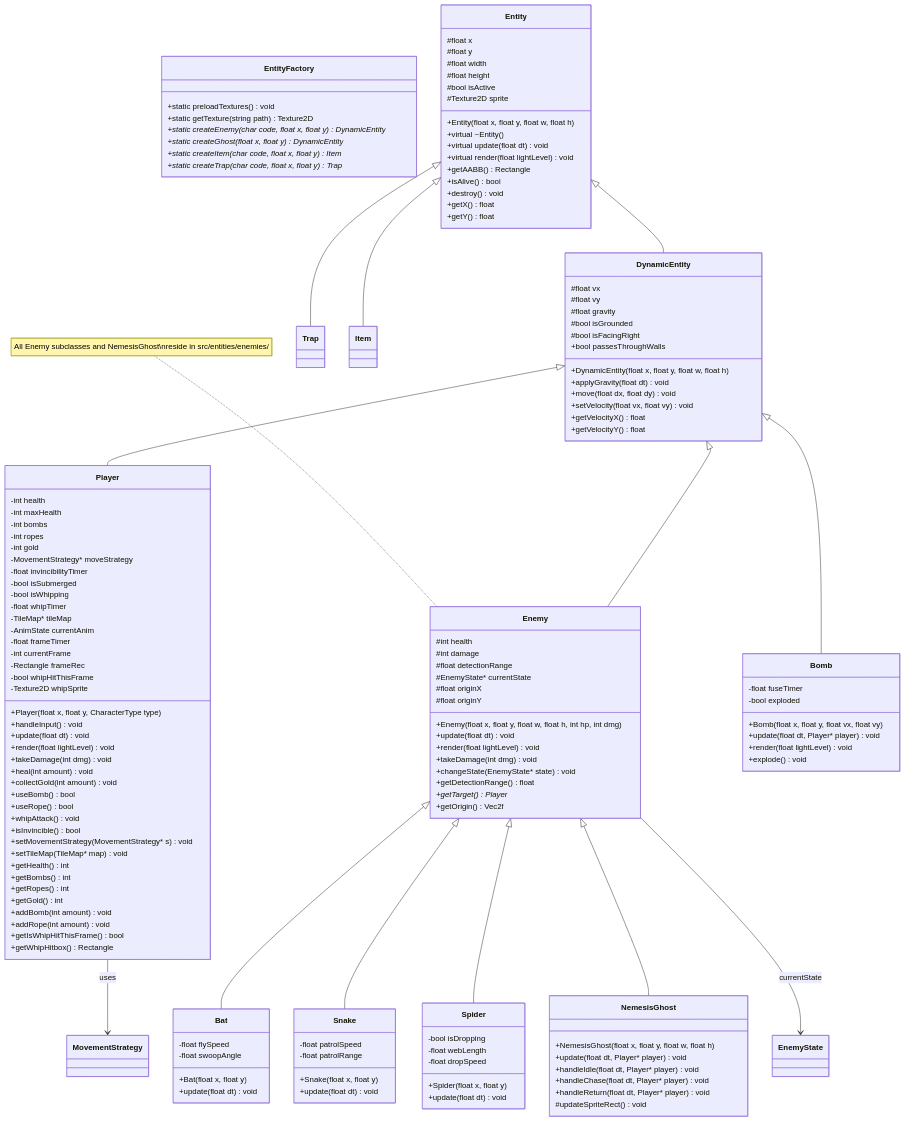
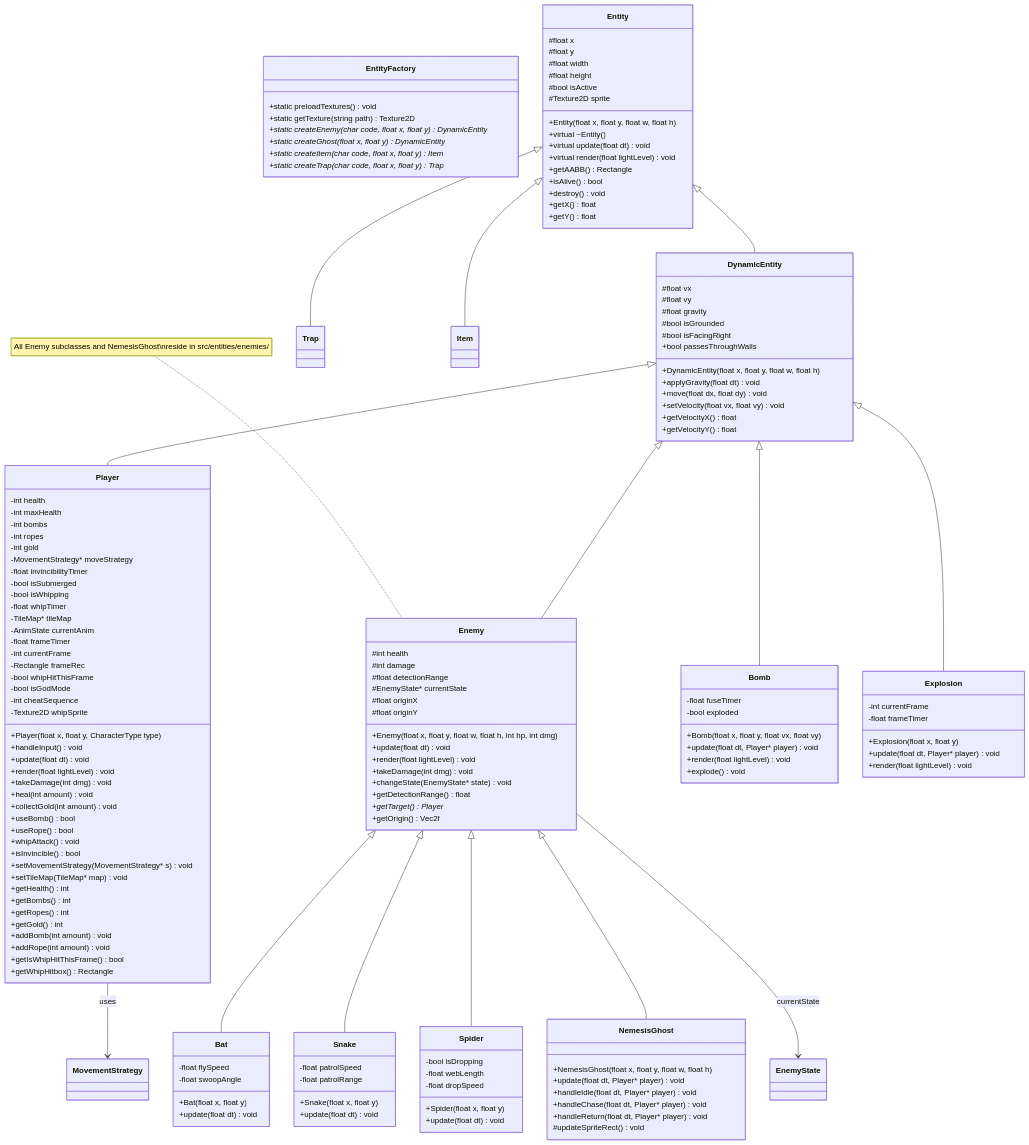
The second of 8 diagrams in project_plan.md (Gasmask-Chan/CS202-Cavern-Descent), drawn with Mermaid before and after one commit. The commit also changed other lines of this file and 10 other files, not shown here.

Commit message:
feat: add Color lighting Architecture; add bonb explosion spritesheet and player camera shake

```diff
--- a/project_plan.md
+++ b/project_plan.md
@@ -618,6 +618,8 @@
         -int currentFrame
         -Rectangle frameRec
         -bool whipHitThisFrame
+        -bool isGodMode
+        -int cheatSequence
         -Texture2D whipSprite
         +Player(float x, float y, CharacterType type)
         +handleInput() void
@@ -677,6 +679,14 @@
         +explode() void
     }
 
+    class Explosion {
+        -int currentFrame
+        -float frameTimer
+        +Explosion(float x, float y)
+        +update(float dt, Player* player) void
+        +render(float lightLevel) void
+    }
+
     class Bat {
         -float flySpeed
         -float swoopAngle
@@ -709,6 +719,7 @@
     DynamicEntity <|-- Player
     DynamicEntity <|-- Enemy
     DynamicEntity <|-- Bomb
+    DynamicEntity <|-- Explosion
     Enemy <|-- Bat
     Enemy <|-- Snake
     Enemy <|-- Spider
```
